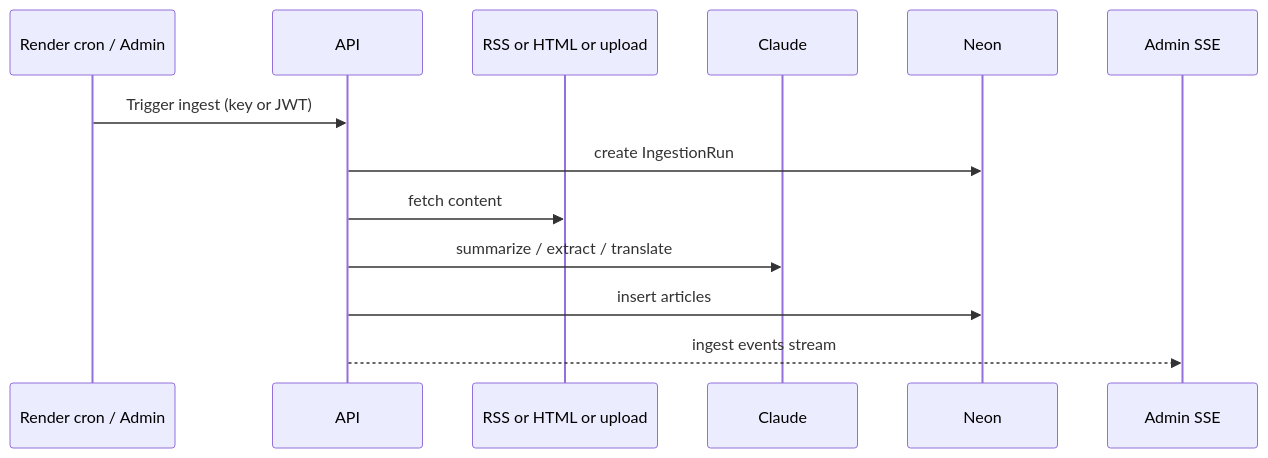
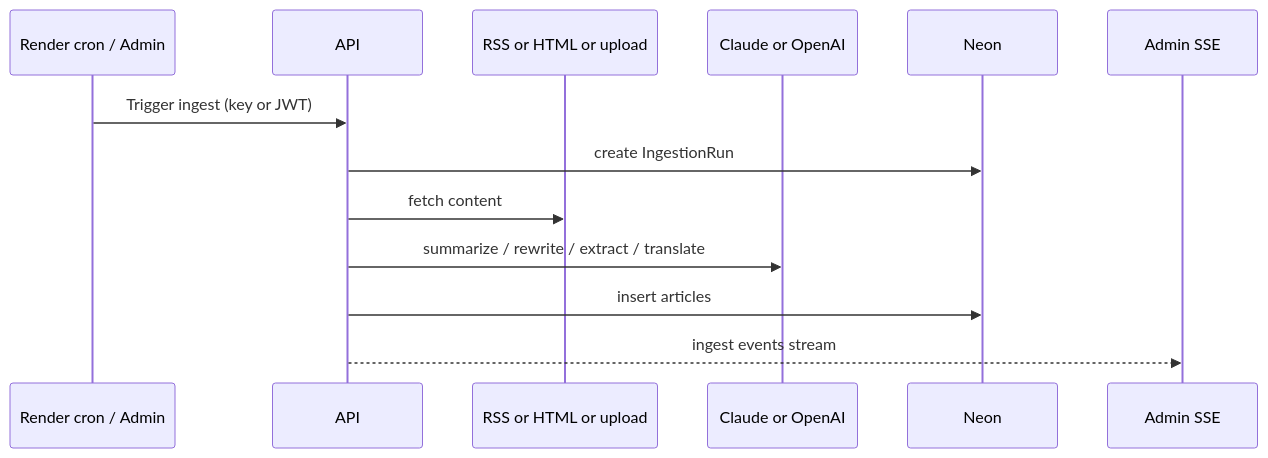
Before and after one commit to sshivanshg/TAZAkhabar: the third of 3 diagrams in docs/architecture/00-system-overview.md, drawn with Mermaid. The commit also changed other lines of this file and 18 other files, not shown here.

First line of the commit message:
feat: rewrite scraped articles with OpenAI digests

````diff
--- a/docs/architecture/00-system-overview.md
+++ b/docs/architecture/00-system-overview.md
@@ -93,15 +95,15 @@
 ```mermaid
 sequenceDiagram
   participant C as Render cron / Admin
   participant A as API
   participant S as RSS or HTML or upload
-  participant AI as Claude
+  participant AI as Claude or OpenAI
   participant N as Neon
   participant E as Admin SSE
   C->>A: Trigger ingest (key or JWT)
   A->>N: create IngestionRun
   A->>S: fetch content
-  A->>AI: summarize / extract / translate
+  A->>AI: summarize / rewrite / extract / translate
   A->>N: insert articles
   A-->>E: ingest events stream
 ```
````
